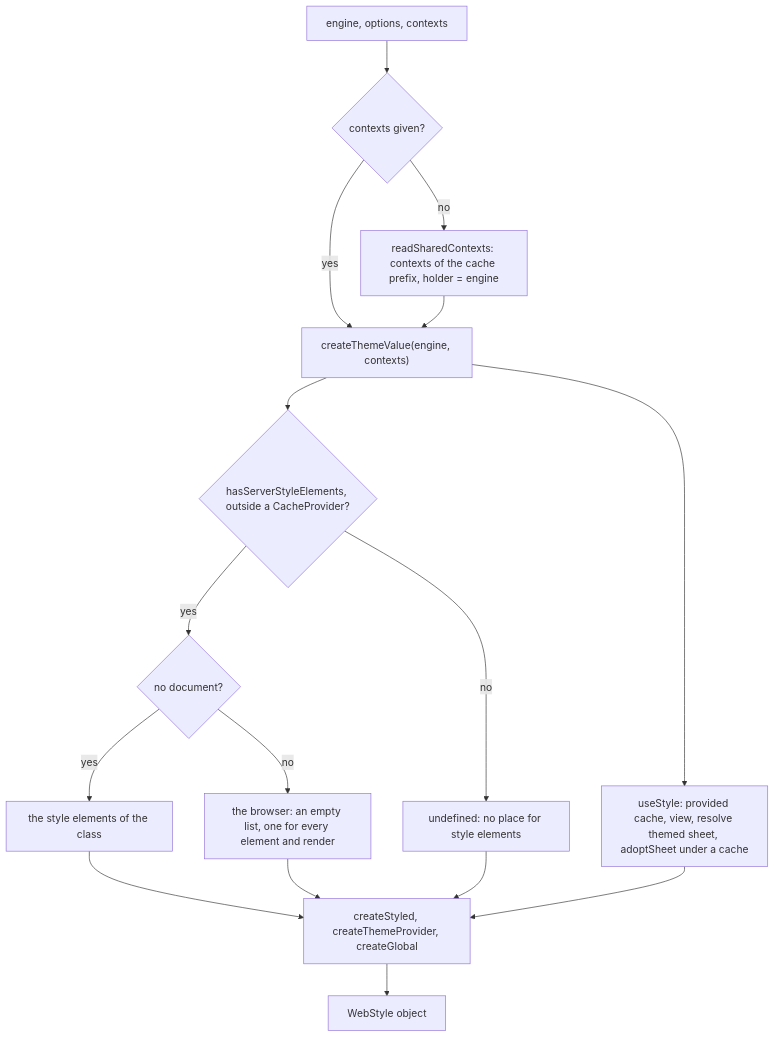
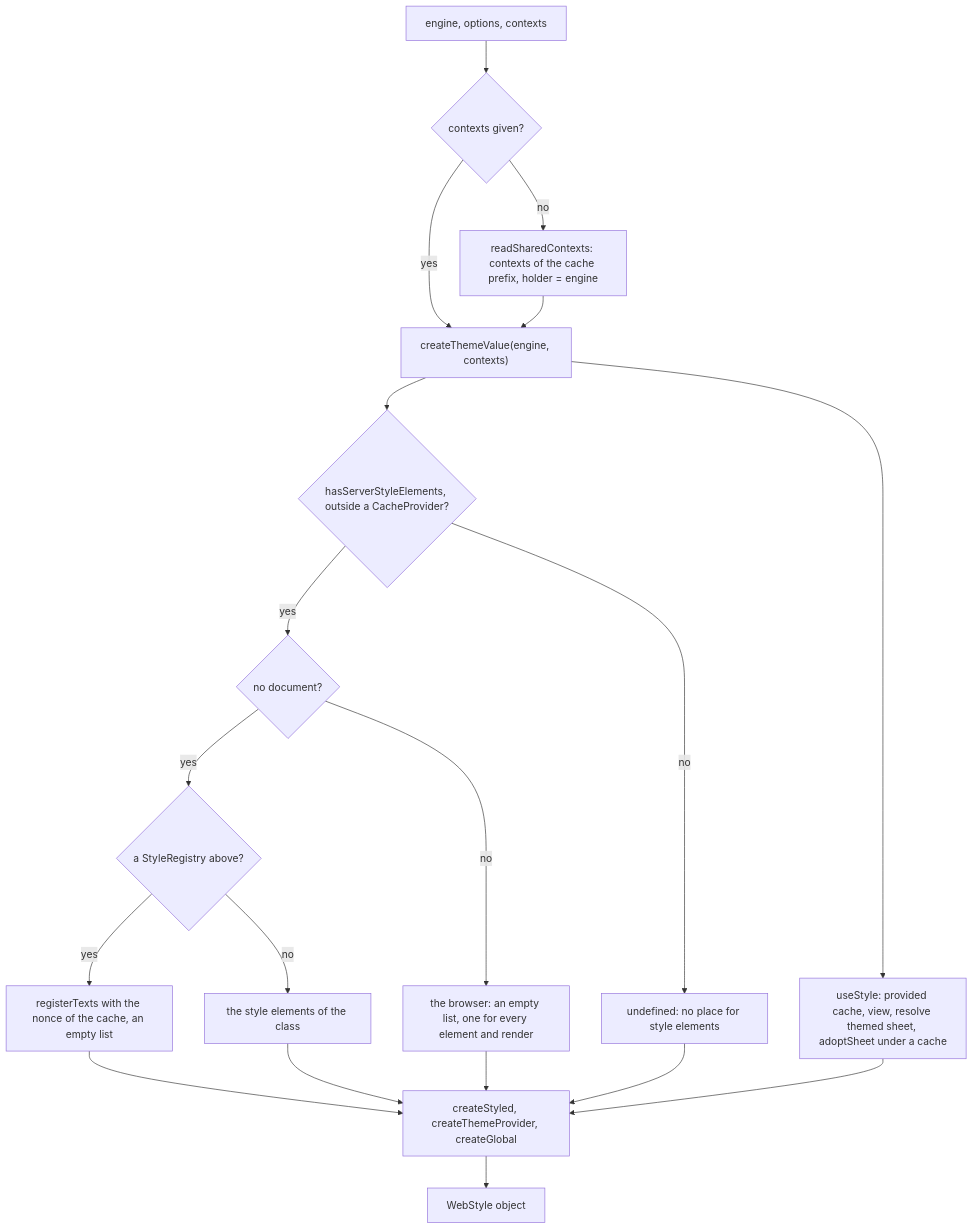
The diagram in packages/react/src/createStyle.md (soroush-tech/umber-style), drawn with Mermaid before and after one commit. The commit also changed other lines of this file and 45 other files, not shown here.

Commit message:
feat(react): StyleRegistry from @umber-style/react/next places the styles of a Next.js page in the head and between streamed pieces, never among its elements, for Next.js ^16.4.6 - close #70

````diff
--- a/packages/react/src/createStyle.md
+++ b/packages/react/src/createStyle.md
@@ -22,18 +22,21 @@
 ```mermaid
 flowchart TD
   engine["engine, options, contexts"] --> shared{"contexts given?"}
   shared -->|no| prefix["readSharedContexts: contexts of the cache prefix, holder = engine"]
   shared -->|yes| value["createThemeValue(engine, contexts)"]
   prefix --> value
   value --> hasEls{"hasServerStyleElements, outside a CacheProvider?"}
   hasEls -->|no| none["undefined: no place for style elements"]
   hasEls -->|yes| doc{"no document?"}
-  doc -->|yes| els["the style elements of the class"]
+  doc -->|yes| reg{"a StyleRegistry above?"}
+  reg -->|no| els["the style elements of the class"]
+  reg -->|yes| registered["registerTexts with the nonce of the cache, an empty list"]
+  registered --> parts
   doc -->|no| empty["the browser: an empty list, one for every element and render"]
   value --> use["useStyle: provided cache, view, resolve themed sheet, adoptSheet under a cache"]
   els --> parts["createStyled, createThemeProvider, createGlobal"]
   empty --> parts
   none --> parts
   use --> parts
   parts --> out["WebStyle object"]
 ```
````
